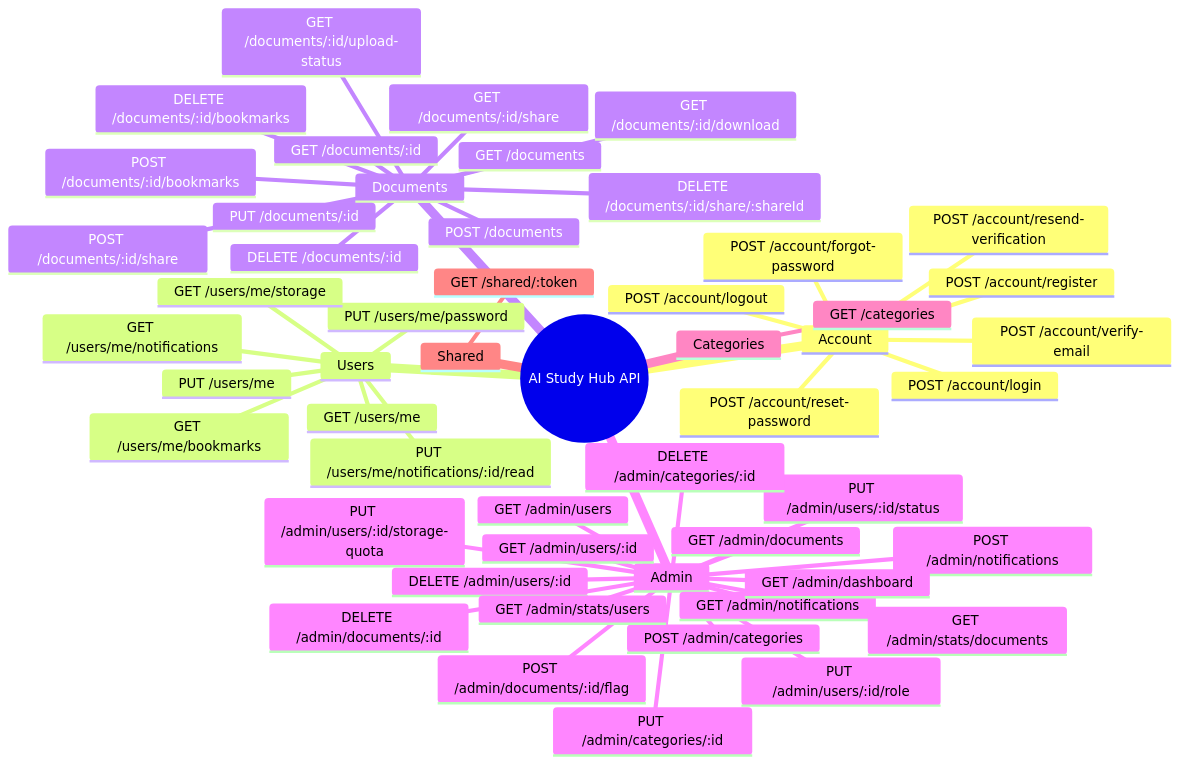
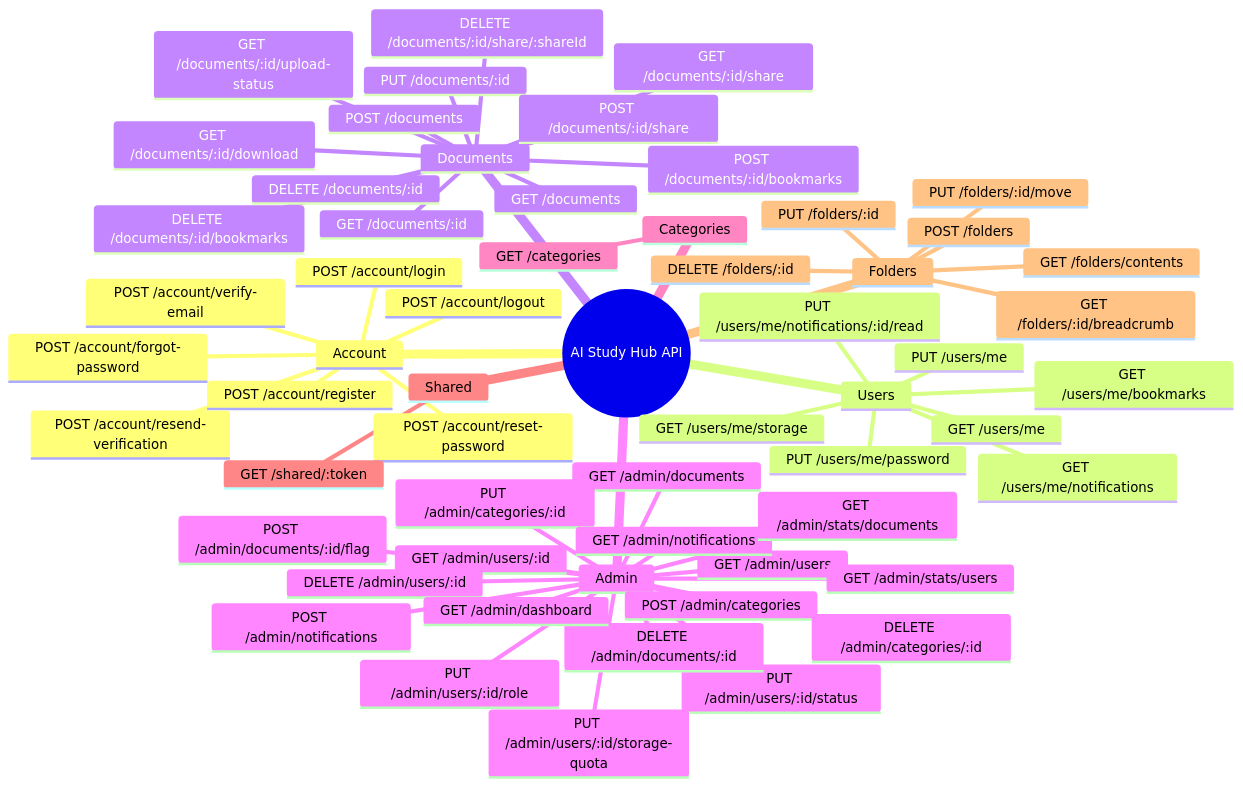
The third of 6 diagrams in docs/SystemArchitecture.md (Hiamoutgame/AI-Study-Hub), drawn with Mermaid before and after one commit. The commit also changed other lines of this file and 20 other files, not shown here.

````diff
--- a/docs/SystemArchitecture.md
+++ b/docs/SystemArchitecture.md
@@ -139,55 +143,62 @@
 ```mermaid
 mindmap
   root((AI Study Hub API))
     Account
       POST /account/register
       POST /account/verify-email
       POST /account/resend-verification
       POST /account/login
       POST /account/logout
       POST /account/forgot-password
       POST /account/reset-password
     Users
       GET /users/me
       PUT /users/me
       PUT /users/me/password
       GET /users/me/storage
       GET /users/me/bookmarks
       GET /users/me/notifications
       PUT /users/me/notifications/:id/read
     Documents
       POST /documents
       GET /documents
       GET /documents/:id
       PUT /documents/:id
       DELETE /documents/:id
       GET /documents/:id/download
       GET /documents/:id/upload-status
       POST /documents/:id/bookmarks
       DELETE /documents/:id/bookmarks
       POST /documents/:id/share
       GET /documents/:id/share
       DELETE /documents/:id/share/:shareId
     Admin
       GET /admin/users
       GET /admin/users/:id
       PUT /admin/users/:id/status
       PUT /admin/users/:id/role
       PUT /admin/users/:id/storage-quota
       DELETE /admin/users/:id
       GET /admin/documents
       POST /admin/documents/:id/flag
       DELETE /admin/documents/:id
       POST /admin/categories
       PUT /admin/categories/:id
       DELETE /admin/categories/:id
       POST /admin/notifications
       GET /admin/notifications
       GET /admin/dashboard
       GET /admin/stats/users
       GET /admin/stats/documents
     Categories
       GET /categories
     Shared
       GET /shared/:token
+    Folders
+      POST /folders
+      GET /folders/contents
+      GET /folders/:id/breadcrumb
+      PUT /folders/:id
+      PUT /folders/:id/move
+      DELETE /folders/:id
 ```
````
